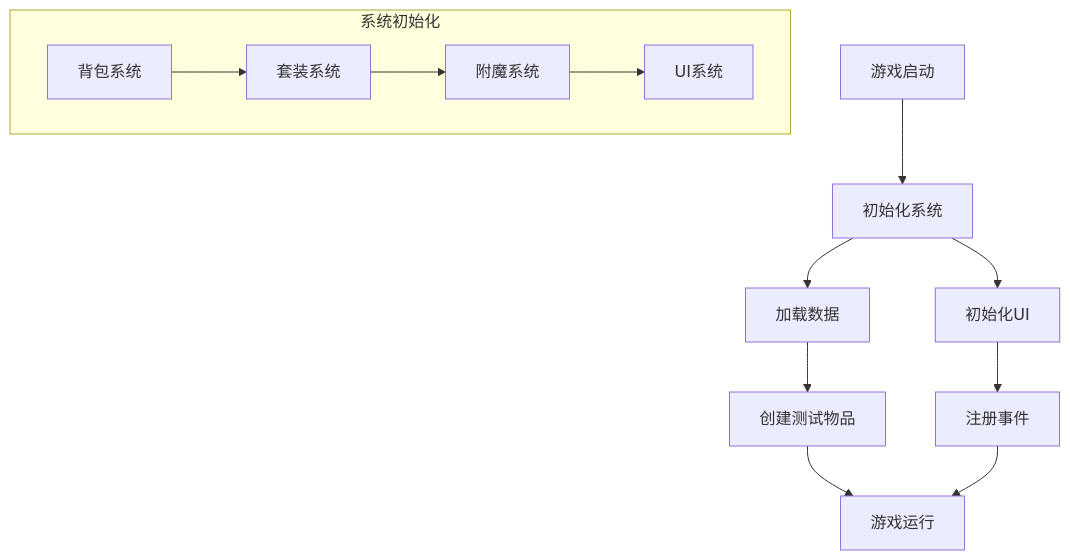
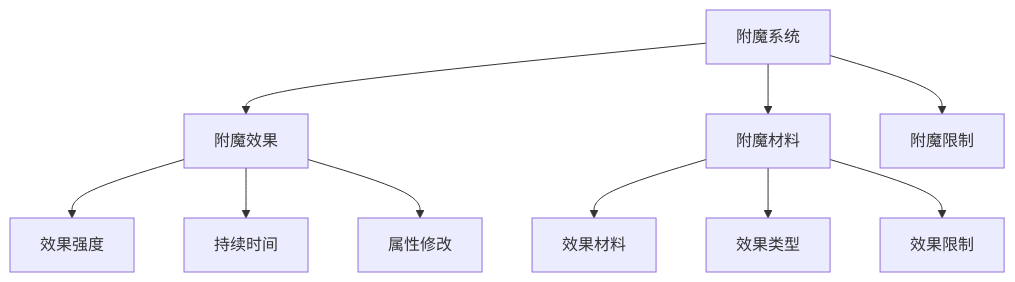
The fifth of 8 diagrams in Scripts/Assets/Documentation/InventorySystem.md (Whatfff/SimpleUnityInventorySystem), drawn with Mermaid before and after one commit. The commit also changed other lines of this file and 1 other file, not shown here.

````diff
--- a/Scripts/Assets/Documentation/InventorySystem.md
+++ b/Scripts/Assets/Documentation/InventorySystem.md
@@ -949,15 +850,14 @@
 ```mermaid
-flowchart TD
-    A[游戏启动] --> B[初始化系统]
-    B --> C[加载数据]
-    B --> D[初始化UI]
-    C --> E[创建测试物品]
-    D --> F[注册事件]
-    E & F --> G[游戏运行]
+graph TD
+    A[附魔系统] --> B[附魔效果]
+    A --> C[附魔材料]
+    A --> D[附魔限制]
     
-    subgraph 系统初始化
-        B1[背包系统] --> B2[套装系统]
-        B2 --> B3[附魔系统]
-        B3 --> B4[UI系统]
-    end
+    B --> B1[效果强度]
+    B --> B2[持续时间]
+    B --> B3[属性修改]
+    
+    C --> C1[效果材料]
+    C --> C2[效果类型]
+    C --> C3[效果限制]
 ```
````
